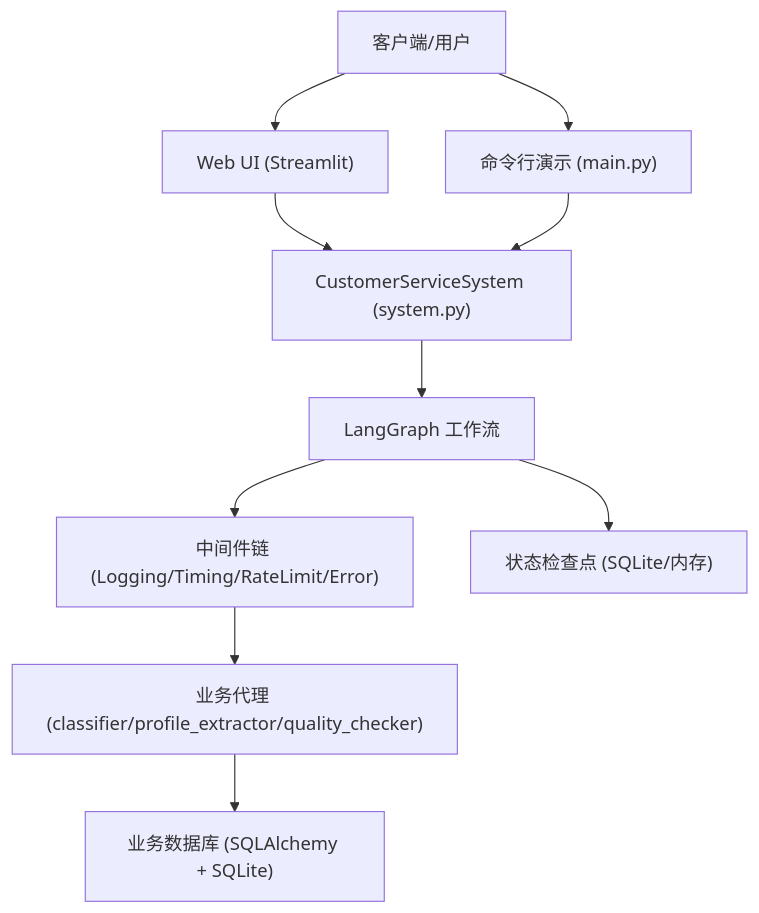
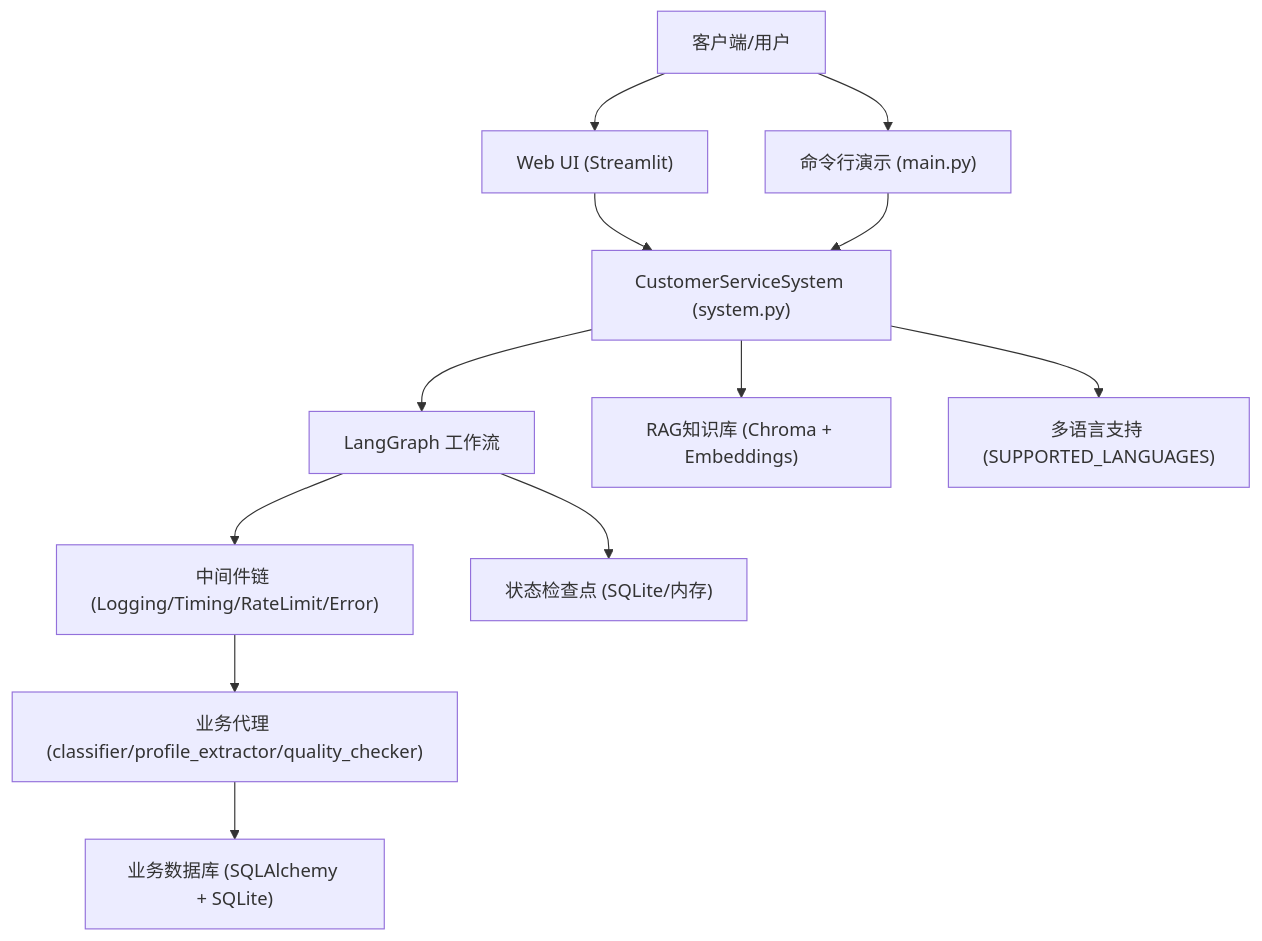
The second of 6 diagrams in .qoder/repowiki/zh/content/部署运维指南/部署运维指南.md (Yijtu/multi-agent-customer-service), drawn with Mermaid before and after one commit. The commit also changed other lines of this file and 28 other files, not shown here.

````diff
--- a/.qoder/repowiki/zh/content/部署运维指南/部署运维指南.md
+++ b/.qoder/repowiki/zh/content/部署运维指南/部署运维指南.md
@@ -131,21 +150,25 @@
 ```mermaid
 graph TB
 CLIENT["客户端/用户"]
 WEB["Web UI (Streamlit)"]
 CLI["命令行演示 (main.py)"]
 SYS["CustomerServiceSystem (system.py)"]
 LG["LangGraph 工作流"]
 MW["中间件链 (Logging/Timing/RateLimit/Error)"]
 AGENTS["业务代理 (classifier/profile_extractor/quality_checker)"]
 DATA["业务数据库 (SQLAlchemy + SQLite)"]
 CKPT["状态检查点 (SQLite/内存)"]
+RAG["RAG知识库 (Chroma + Embeddings)"]
+LANG["多语言支持 (SUPPORTED_LANGUAGES)"]
 CLIENT --> WEB
 CLIENT --> CLI
 WEB --> SYS
 CLI --> SYS
 SYS --> LG
 LG --> MW
 MW --> AGENTS
 AGENTS --> DATA
 LG --> CKPT
+SYS --> RAG
+SYS --> LANG
 ```
````
